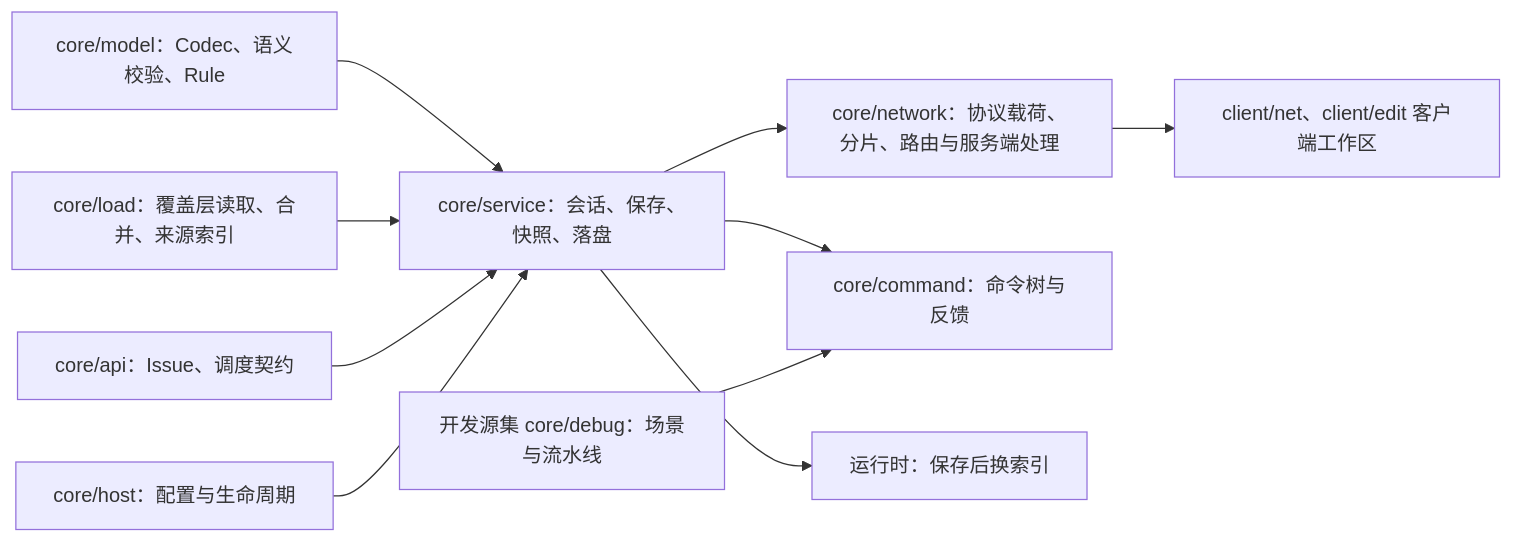
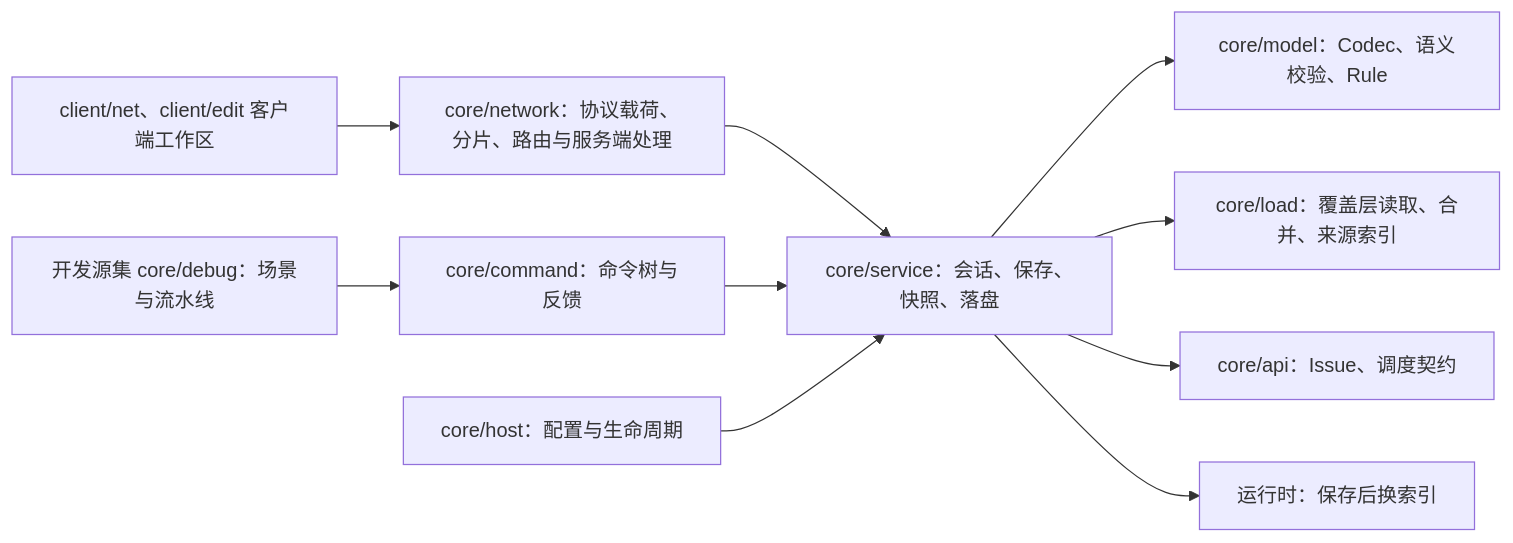
One commit to meteoritel/item-despawn-to-what changed the first of 3 diagrams in docs/modules/authoring.md. Above: the diagram before and after it, drawn with Mermaid. The commit also changed other lines of this file and 20 other files, not shown here.

````diff
--- a/docs/modules/authoring.md
+++ b/docs/modules/authoring.md
@@ -49,12 +49,12 @@
 ```mermaid
 flowchart LR
-    MODEL["core/model：Codec、语义校验、Rule"] --> SVC["core/service：会话、保存、快照、落盘"]
-    LOAD["core/load：覆盖层读取、合并、来源索引"] --> SVC
-    API["core/api：Issue、调度契约"] --> SVC
-    SVC --> NET["core/network：协议载荷、分片、路由与服务端处理"]
-    SVC --> CMD["core/command：命令树与反馈"]
+    SVC["core/service：会话、保存、快照、落盘"] --> MODEL["core/model：Codec、语义校验、Rule"]
+    SVC --> LOAD["core/load：覆盖层读取、合并、来源索引"]
+    SVC --> API["core/api：Issue、调度契约"]
+    NET["core/network：协议载荷、分片、路由与服务端处理"] --> SVC
+    CMD["core/command：命令树与反馈"] --> SVC
     DBG["开发源集 core/debug：场景与流水线"] --> CMD
-    NET --> CLI["client/net、client/edit 客户端工作区"]
+    CLI["client/net、client/edit 客户端工作区"] --> NET
     SVC --> RT["运行时：保存后换索引"]
     HOST["core/host：配置与生命周期"] --> SVC
 ```
````
